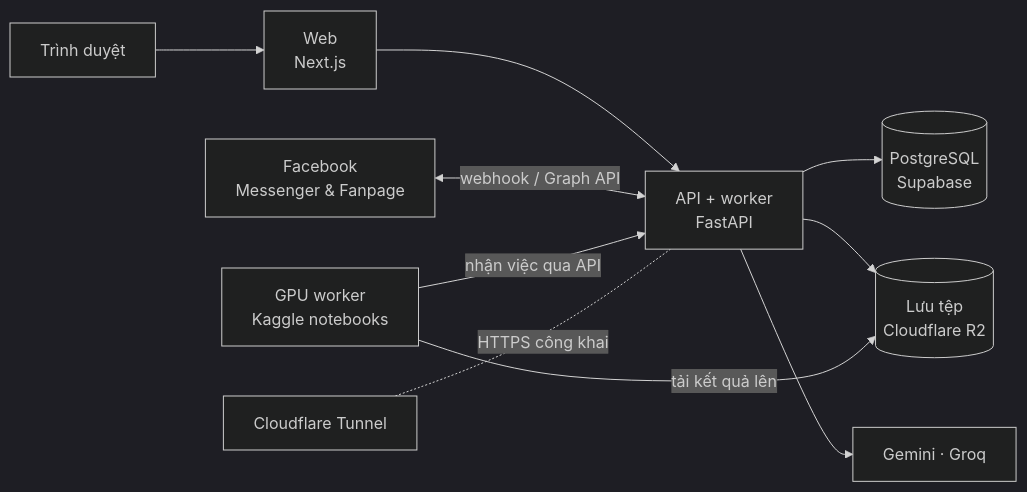
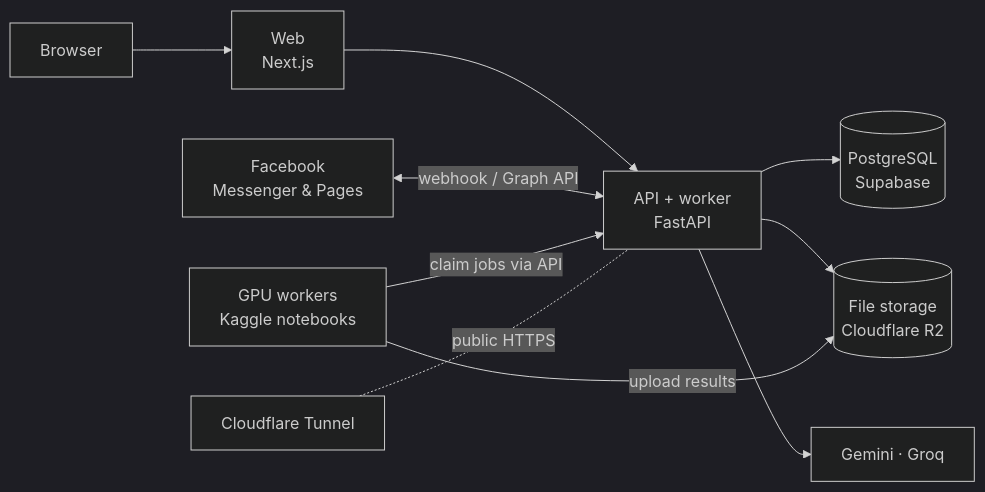
Before and after one commit to Leviathan3311/affiliate-studio: the diagram in README.md, drawn with Mermaid (dark theme). The commit also changed other lines of this file and 12 other files, not shown here.

````diff
--- a/README.md
+++ b/README.md
@@ -27,12 +28,12 @@
 ```mermaid
 flowchart LR
-    U[Trình duyệt] --> W[Web<br/>Next.js]
+    U[Browser] --> W[Web<br/>Next.js]
     W --> A[API + worker<br/>FastAPI]
-    FB[Facebook<br/>Messenger & Fanpage] <-->|webhook / Graph API| A
+    FB[Facebook<br/>Messenger & Pages] <-->|webhook / Graph API| A
     A --> DB[(PostgreSQL<br/>Supabase)]
-    A --> S[(Lưu tệp<br/>Cloudflare R2)]
+    A --> S[(File storage<br/>Cloudflare R2)]
     A --> AI[Gemini · Groq]
-    K[GPU worker<br/>Kaggle notebooks] -->|nhận việc qua API| A
-    K -->|tải kết quả lên| S
-    T[Cloudflare Tunnel] -.HTTPS công khai.- A
+    K[GPU workers<br/>Kaggle notebooks] -->|claim jobs via API| A
+    K -->|upload results| S
+    T[Cloudflare Tunnel] -.public HTTPS.- A
 ```
````
